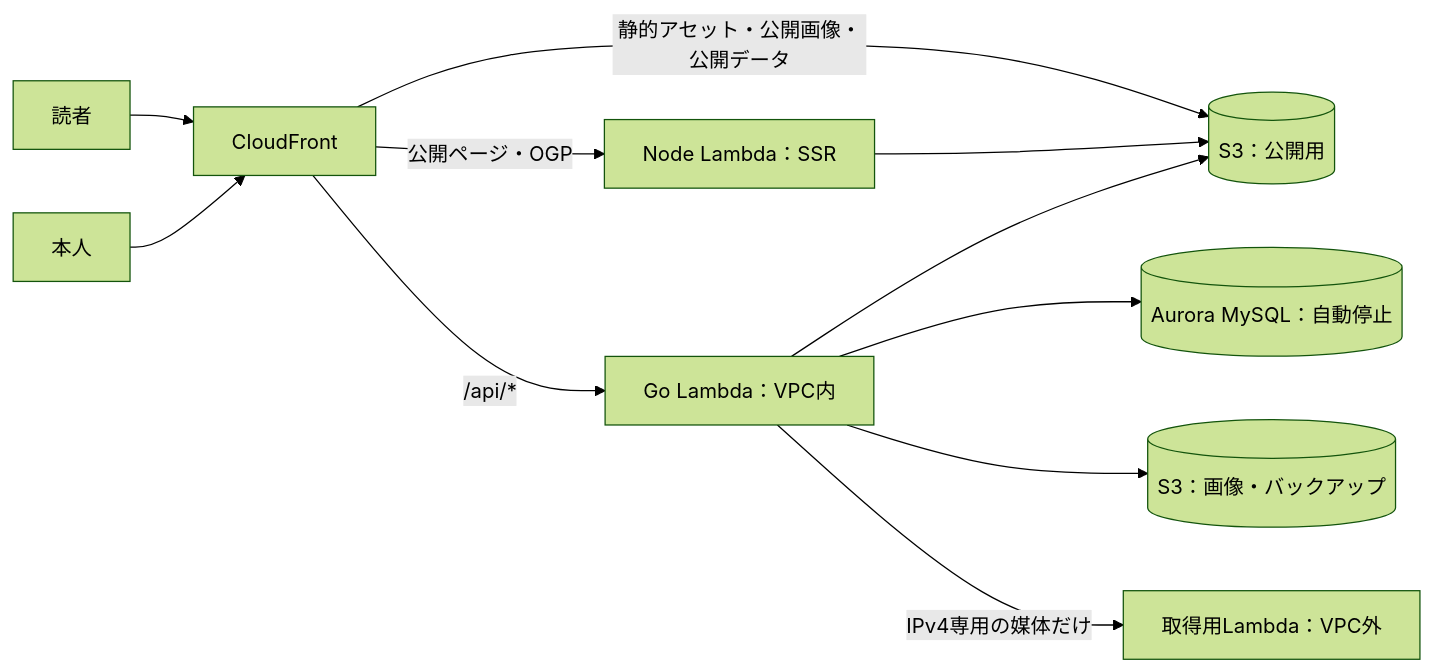
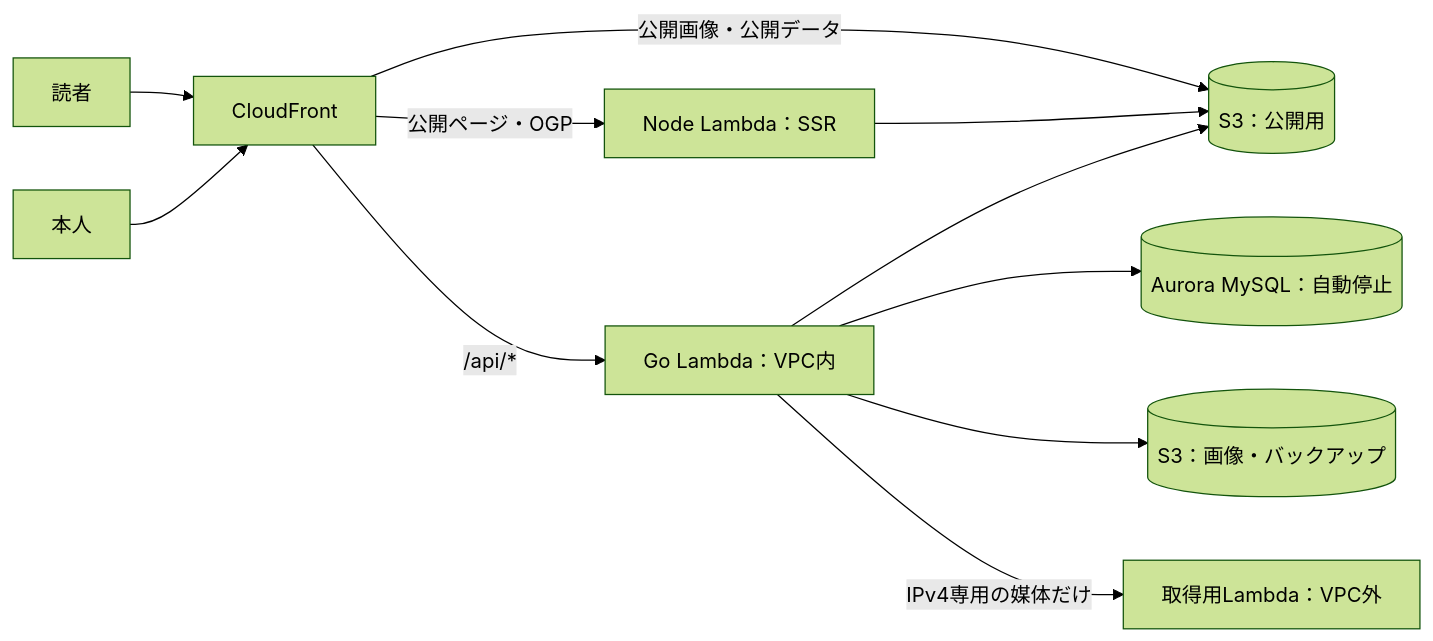
The diagram in docs/future-static-delivery.md (course-k/course-k-blog), drawn with Mermaid (forest theme) before and after one commit. The commit also changed other lines of this file, not shown here.

````diff
--- a/docs/future-static-delivery.md
+++ b/docs/future-static-delivery.md
@@ -22,13 +22,13 @@
 ```mermaid
 flowchart LR
     reader[読者] --> cf[CloudFront]
     owner[本人] --> cf
     cf -->|公開ページ・OGP| node[Node Lambda：SSR]
-    cf -->|静的アセット・公開画像・公開データ| pub[(S3：公開用)]
+    cf -->|公開画像・公開データ| pub[(S3：公開用)]
     cf -->|/api/*| go[Go Lambda：VPC内]
     node --> pub
     go --> db[(Aurora MySQL：自動停止)]
     go --> pub
     go --> media[(S3：画像・バックアップ)]
     go -->|IPv4専用の媒体だけ| fetch[取得用Lambda：VPC外]
 ```
````
